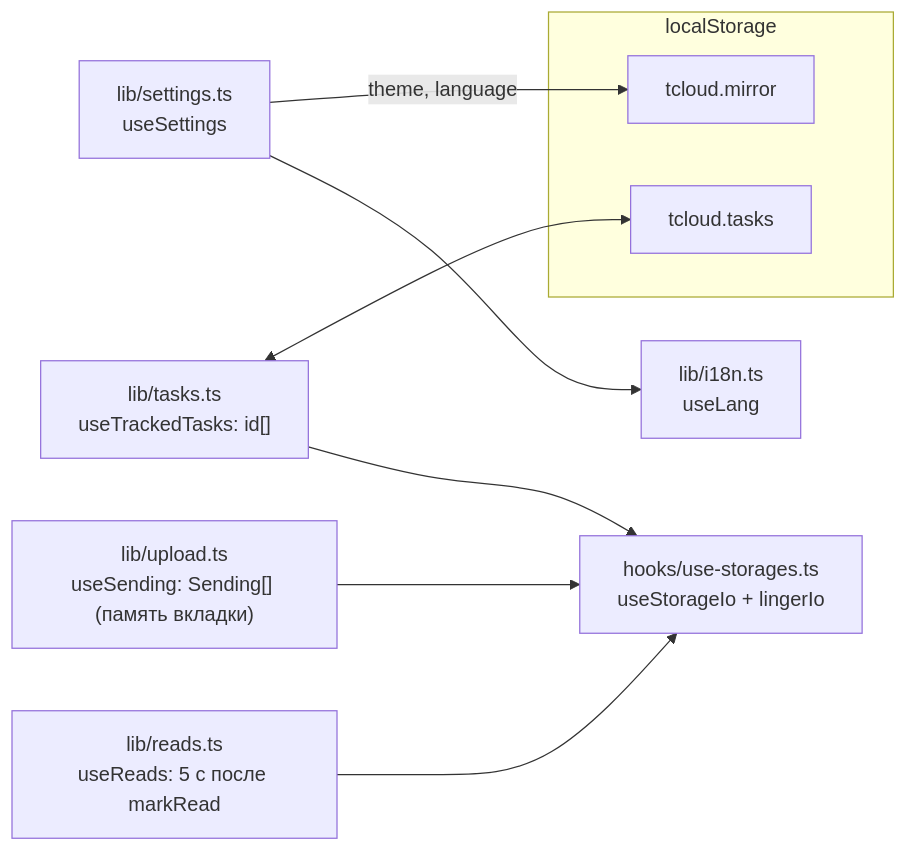
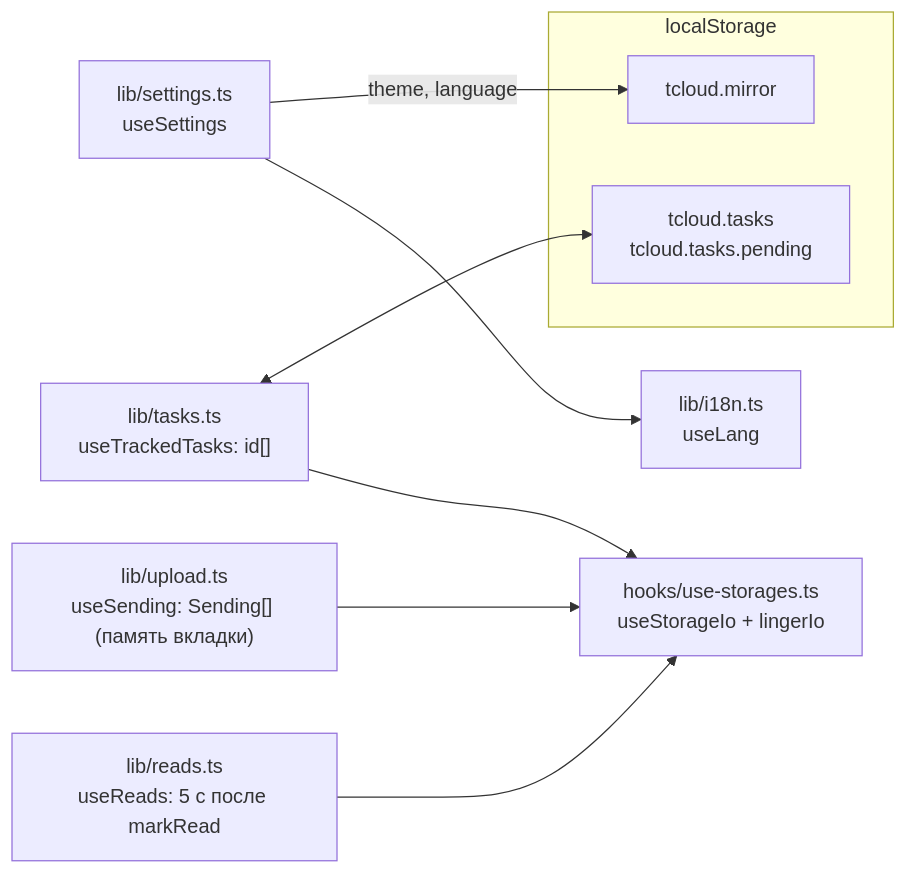
The second of 5 diagrams in docs/data-flow.md (NikitkaZXC/tcloud-frontend), drawn with Mermaid before and after one commit. The commit also changed 6 other files, not shown here.

````diff
--- a/docs/data-flow.md
+++ b/docs/data-flow.md
@@ -98,17 +98,17 @@
 ```mermaid
 flowchart LR
     subgraph ls["localStorage"]
-        tasksLs["tcloud.tasks"]
+        tasksLs["tcloud.tasks<br/>tcloud.tasks.pending"]
         mirror["tcloud.mirror"]
     end
     settings["lib/settings.ts<br/>useSettings"] -- "theme, language" --> mirror
     tasks["lib/tasks.ts<br/>useTrackedTasks: id[]"] <--> tasksLs
     sending["lib/upload.ts<br/>useSending: Sending[] (память вкладки)"]
     reads["lib/reads.ts<br/>useReads: 5 с после markRead"]
     lang["lib/i18n.ts<br/>useLang"]
     io["hooks/use-storages.ts<br/>useStorageIo + lingerIo"]
     sending --> io
     tasks --> io
     reads --> io
     settings --> lang
 ```
````
